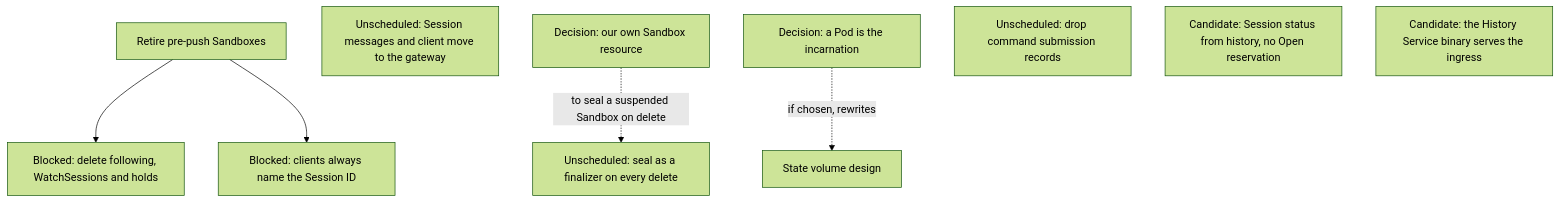
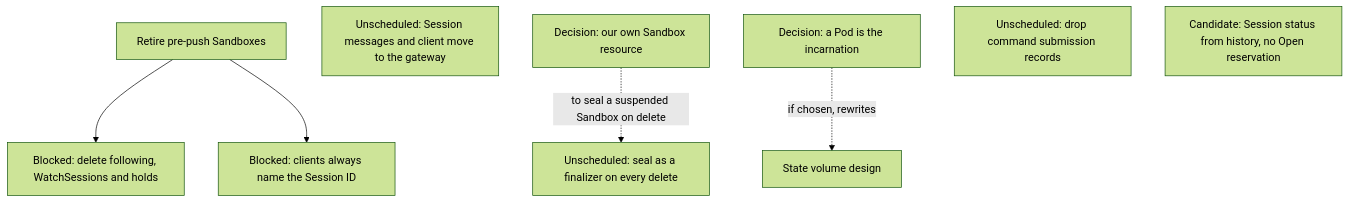
One commit to agentydragon-agent/ducktape changed diagram 12 of 13 in agentplane/plans/task_dag.md. Above: the diagram before and after it, drawn with Mermaid (forest theme). The commit also changed other lines of this file and 26 other files, not shown here.

First line of the commit message:
agentplane: the History Service takes runner pushes itself (#10011)

````diff
--- a/agentplane/plans/task_dag.md
+++ b/agentplane/plans/task_dag.md
@@ -909,17 +909,16 @@
 ```mermaid
 flowchart TD
     LEGACY_SANDBOX_RETIRE[Retire pre-push Sandboxes]
     FOLLOW_PATH_RETIRE[Blocked: delete following, WatchSessions and holds]
     GATEWAY_CLIENT_SPLIT[Unscheduled: Session messages and client move to the gateway]
     AGENTPLANE_SANDBOX_RESOURCE[Decision: our own Sandbox resource]
     POD_INCARNATION[Decision: a Pod is the incarnation]
     SEAL_FINALIZER[Unscheduled: seal as a finalizer on every delete]
     COMMAND_RECORDS_RETIRE[Unscheduled: drop command submission records]
     SESSION_ID_MINT_RETIRE[Blocked: clients always name the Session ID]
     LOOKUP_SESSION_RETIRE[Candidate: Session status from history, no Open reservation]
-    HISTORY_INGRESS_SAME_BINARY[Candidate: the History Service binary serves the ingress]
     LEGACY_SANDBOX_RETIRE --> FOLLOW_PATH_RETIRE
     AGENTPLANE_SANDBOX_RESOURCE -. to seal a suspended Sandbox on delete .-> SEAL_FINALIZER
     POD_INCARNATION -. if chosen, rewrites .-> SESSION_STATE_VOLUME_DESIGN[State volume design]
     LEGACY_SANDBOX_RETIRE --> SESSION_ID_MINT_RETIRE
 ```
````
